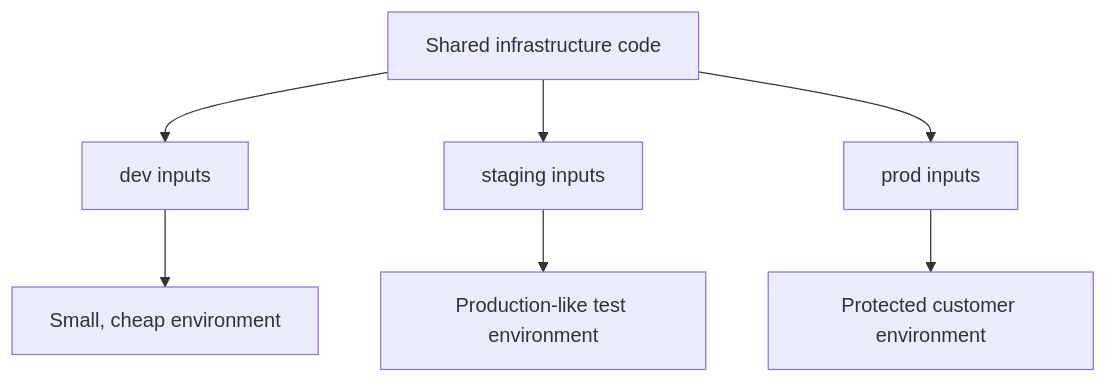
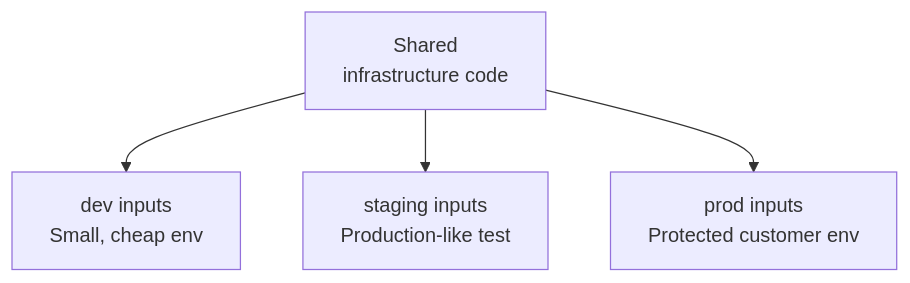
The second of 3 diagrams in infrastructure-as-code/fundamentals/why-infrastructure-as-code-exists.md (senlinyy/dev-roadmaps), drawn with Mermaid before and after one commit. The commit also changed other lines of this file and 85 other files, not shown here.

````diff
--- a/infrastructure-as-code/fundamentals/why-infrastructure-as-code-exists.md
+++ b/infrastructure-as-code/fundamentals/why-infrastructure-as-code-exists.md
@@ -184,9 +188,7 @@
 ```mermaid
 flowchart TD
-    A["Shared infrastructure code"] --> B["dev inputs"]
-    A --> C["staging inputs"]
-    A --> D["prod inputs"]
-    B --> E["Small, cheap environment"]
-    C --> F["Production-like test environment"]
-    D --> G["Protected customer environment"]
+    A["Shared<br/>infrastructure code"]
+    A --> B["dev inputs<br/>Small, cheap env"]
+    A --> C["staging inputs<br/>Production-like test"]
+    A --> D["prod inputs<br/>Protected customer env"]
 ```
````
